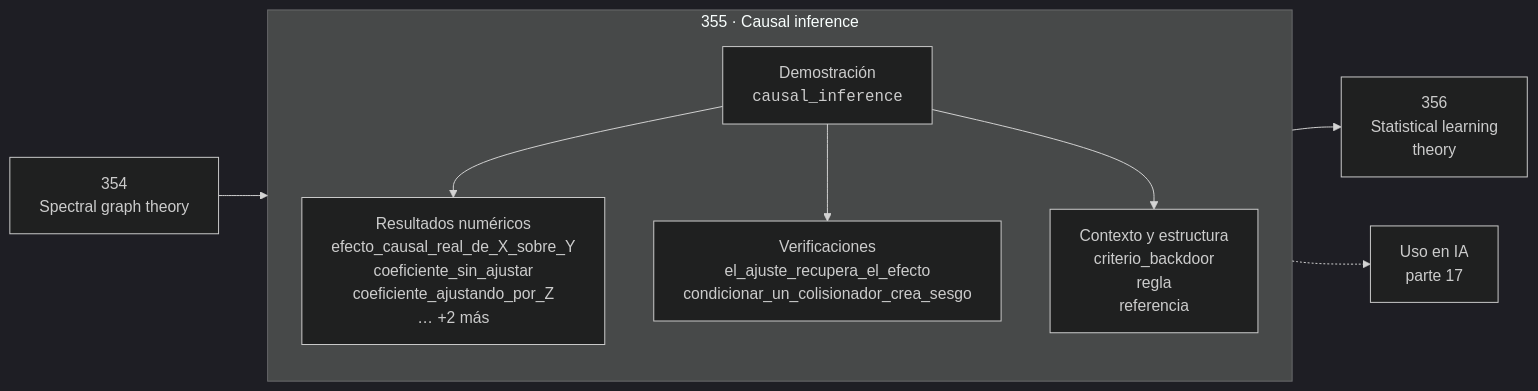
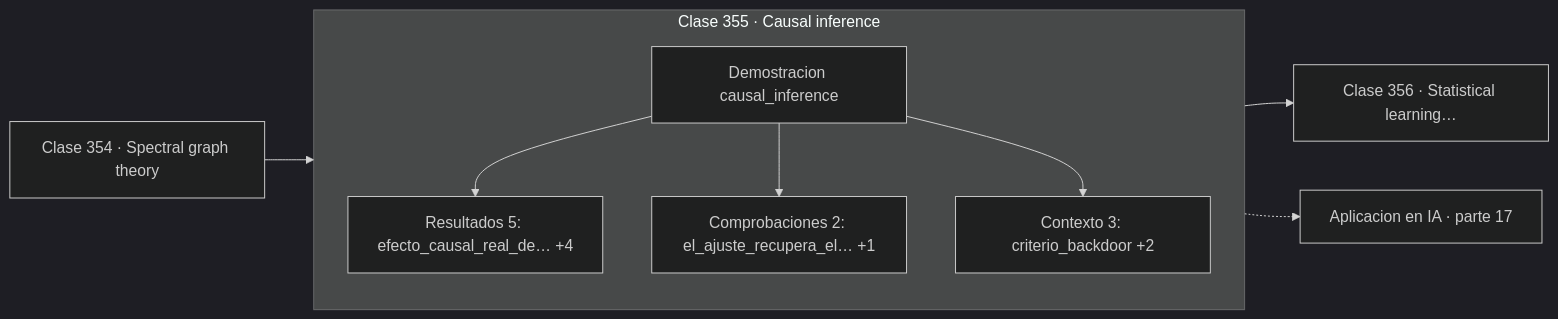
One commit to vladimiracunadev-create/computational-mathematics-program changed the diagram in classes/part-17-frontera-matematica-para-ia-e-investigacion/355-causal-inference/README.md. Above: the diagram before and after it, drawn with Mermaid (dark theme). The commit also changed 389 other files, not shown here.

First line of the commit message:
fix(diagramas): elimina el HTML de las etiquetas Mermaid

````diff
--- a/classes/part-17-frontera-matematica-para-ia-e-investigacion/355-causal-inference/README.md
+++ b/classes/part-17-frontera-matematica-para-ia-e-investigacion/355-causal-inference/README.md
@@ -30,12 +30,13 @@
 ```mermaid
 flowchart LR
-    P["354<br/>Spectral graph theory"] --> C
-    subgraph C["355 · Causal inference"]
+    P["Clase 354 · Spectral graph theory"] --> D
+    subgraph CLASE["Clase 355 · Causal inference"]
         direction TB
-        D["Demostración<br/><code>causal_inference</code>"] --> R["Resultados numéricos<br/>efecto_causal_real_de_X_sobre_Y<br/>coeficiente_sin_ajustar<br/>coeficiente_ajustando_por_Z<br/>… +2 más"]
-        D --> V["Verificaciones<br/>el_ajuste_recupera_el_efecto<br/>condicionar_un_colisionador_crea_sesgo"]
-        D --> O["Contexto y estructura<br/>criterio_backdoor<br/>regla<br/>referencia"]
+        D["Demostracion causal_inference"]
+        D --> R["Resultados 5: efecto_causal_real_de… +4"]
+        D --> V["Comprobaciones 2: el_ajuste_recupera_el… +1"]
+        D --> O["Contexto 3: criterio_backdoor +2"]
     end
-    C --> N["356<br/>Statistical learning<br/>theory"]
-    C -.-> IA["Uso en IA<br/>parte 17"]
+    R --> N["Clase 356 · Statistical learning…"]
+    V -.-> IA["Aplicacion en IA · parte 17"]
 ```
````
